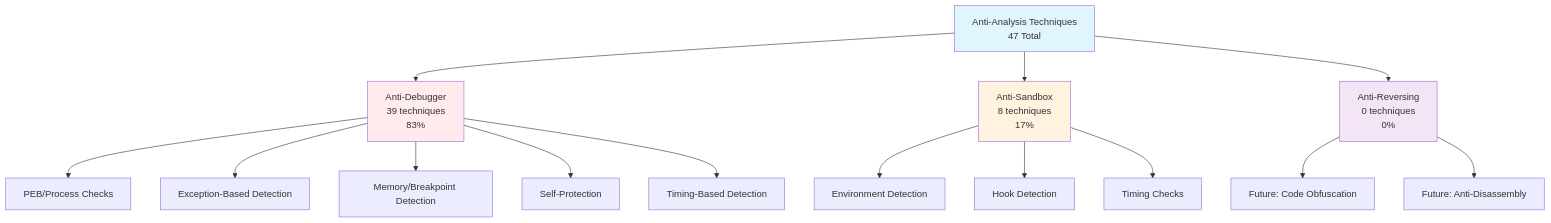
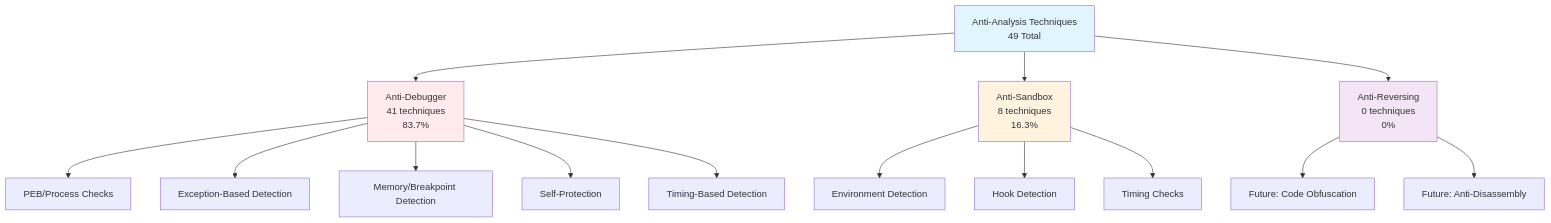
The first of 8 diagrams in docs/diagrams/taxonomy.md (mabj/anti), drawn with Mermaid before and after one commit. The commit also changed other lines of this file and 12 other files, not shown here.

Commit message:
Adding two new Anti-debugger techniques AD040 and AD041

````diff
--- a/docs/diagrams/taxonomy.md
+++ b/docs/diagrams/taxonomy.md
@@ -7,24 +7,24 @@
 ```mermaid
 graph TB
-    A[Anti-Analysis Techniques<br/>47 Total] --> B[Anti-Debugger<br/>39 techniques<br/>83%]
-    A --> C[Anti-Sandbox<br/>8 techniques<br/>17%]
+    A[Anti-Analysis Techniques<br/>49 Total] --> B[Anti-Debugger<br/>41 techniques<br/>83.7%]
+    A --> C[Anti-Sandbox<br/>8 techniques<br/>16.3%]
     A --> D[Anti-Reversing<br/>0 techniques<br/>0%]
 
     B --> B1[PEB/Process Checks]
     B --> B2[Exception-Based Detection]
     B --> B3[Memory/Breakpoint Detection]
     B --> B4[Self-Protection]
     B --> B5[Timing-Based Detection]
 
     C --> C1[Environment Detection]
     C --> C2[Hook Detection]
     C --> C3[Timing Checks]
 
     D --> D1[Future: Code Obfuscation]
     D --> D2[Future: Anti-Disassembly]
 
     style A fill:#e1f5ff
     style B fill:#ffebee
     style C fill:#fff3e0
     style D fill:#f3e5f5
 ```
````
